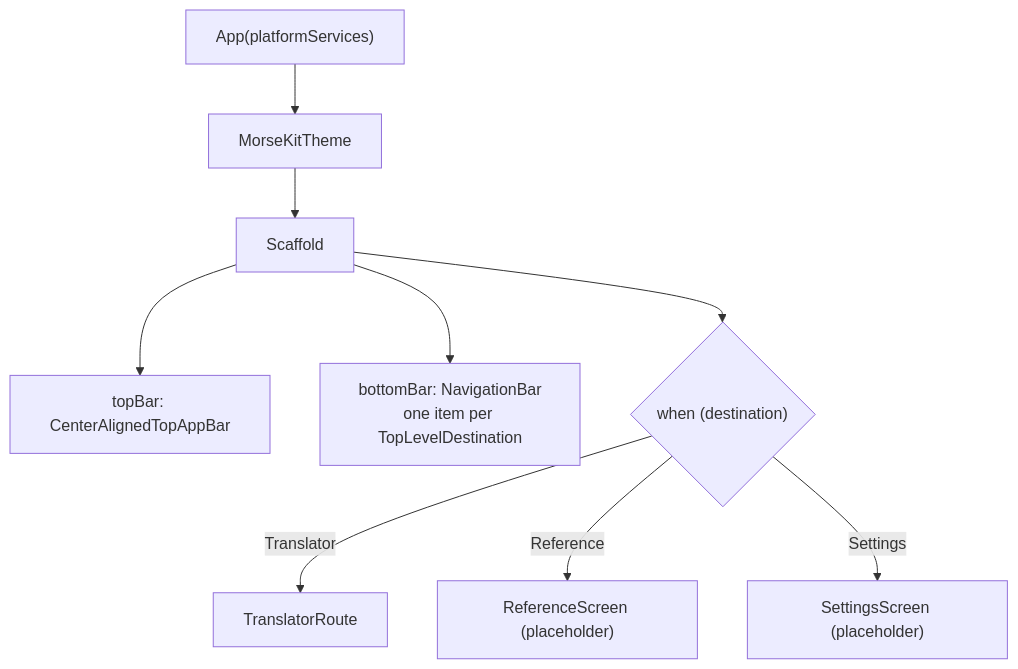
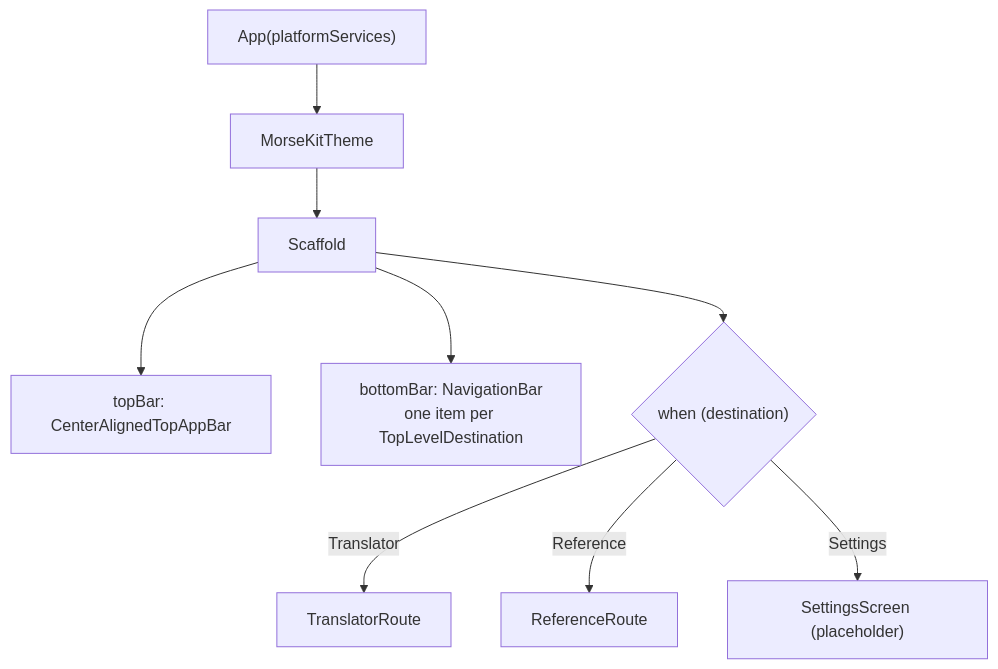
Before and after one commit to chankruze/morsekit: the fifth of 7 diagrams in docs/04-compose-ui-and-state.md, drawn with Mermaid. The commit also changed other lines of this file and 2 other files, not shown here.

First line of the commit message:
docs: document reference screen and update roadmap

````diff
--- a/docs/04-compose-ui-and-state.md
+++ b/docs/04-compose-ui-and-state.md
@@ -171,11 +194,11 @@
 ```mermaid
 flowchart TB
     App["App(platformServices)"] --> Theme["MorseKitTheme"]
     Theme --> Scaffold["Scaffold"]
     Scaffold --> Top["topBar: CenterAlignedTopAppBar"]
     Scaffold --> Bottom["bottomBar: NavigationBar<br/>one item per TopLevelDestination"]
     Scaffold --> Content{"when (destination)"}
     Content -->|Translator| TR["TranslatorRoute"]
-    Content -->|Reference| RS["ReferenceScreen (placeholder)"]
+    Content -->|Reference| RS["ReferenceRoute"]
     Content -->|Settings| SS["SettingsScreen (placeholder)"]
 ```
````
